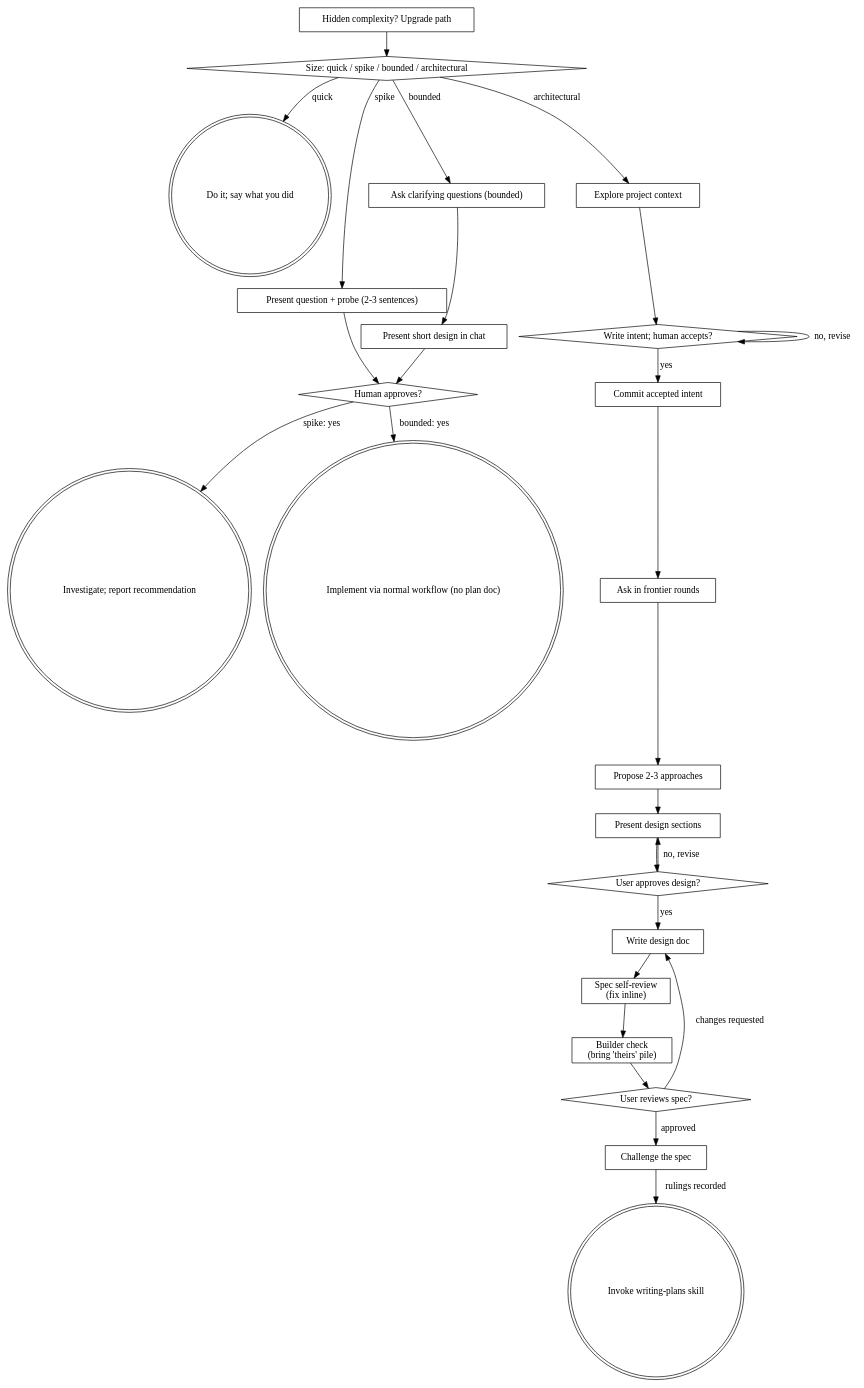
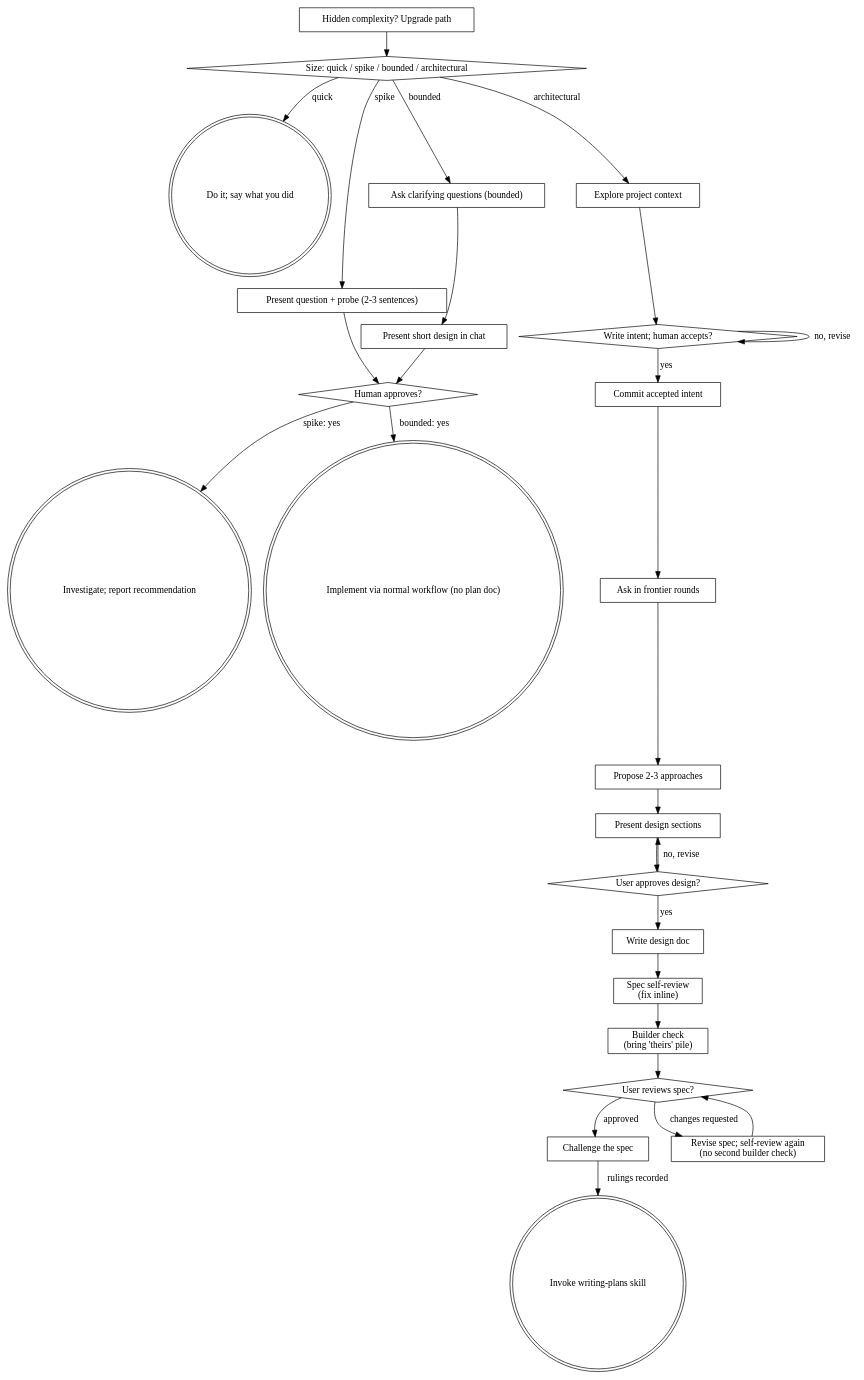
Before and after one commit to malekgxd/superpowers: the diagram in skills/brainstorming/SKILL.md, drawn with Graphviz. The commit also changed other lines of this file and 1 other file, not shown here.

Commit message:
brainstorming: Opus round-1 fixes (non-software scope, opt-out wording per path, HARD-GATE opt-out guarded, ruling-4 assertions, size terminology, no second builder check, test env var names)

````diff
--- a/skills/brainstorming/SKILL.md
+++ b/skills/brainstorming/SKILL.md
@@ -358,52 +372,54 @@
 ```dot
 digraph brainstorming {
     "Size: quick / spike / bounded / architectural" [shape=diamond];
     "Do it; say what you did" [shape=doublecircle];
     "Present question + probe (2-3 sentences)" [shape=box];
     "Ask clarifying questions (bounded)" [shape=box];
     "Present short design in chat" [shape=box];
     "Human approves?" [shape=diamond];
     "Investigate; report recommendation" [shape=doublecircle];
     "Implement via normal workflow (no plan doc)" [shape=doublecircle];
     "Explore project context" [shape=box];
     "Write intent; human accepts?" [shape=diamond];
     "Commit accepted intent" [shape=box];
     "Ask in frontier rounds" [shape=box];
     "Challenge the spec" [shape=box];
     "Propose 2-3 approaches" [shape=box];
     "Present design sections" [shape=box];
     "User approves design?" [shape=diamond];
     "Write design doc" [shape=box];
     "Spec self-review\n(fix inline)" [shape=box];
     "Builder check\n(bring 'theirs' pile)" [shape=box];
     "User reviews spec?" [shape=diamond];
     "Invoke writing-plans skill" [shape=doublecircle];
     "Hidden complexity? Upgrade path" [shape=box];
 
     "Size: quick / spike / bounded / architectural" -> "Do it; say what you did" [label="quick"];
     "Size: quick / spike / bounded / architectural" -> "Present question + probe (2-3 sentences)" [label="spike"];
     "Size: quick / spike / bounded / architectural" -> "Ask clarifying questions (bounded)" [label="bounded"];
     "Size: quick / spike / bounded / architectural" -> "Explore project context" [label="architectural"];
     "Present question + probe (2-3 sentences)" -> "Human approves?";
     "Ask clarifying questions (bounded)" -> "Present short design in chat";
     "Present short design in chat" -> "Human approves?";
     "Human approves?" -> "Investigate; report recommendation" [label="spike: yes"];
     "Human approves?" -> "Implement via normal workflow (no plan doc)" [label="bounded: yes"];
     "Hidden complexity? Upgrade path" -> "Size: quick / spike / bounded / architectural";
     "Explore project context" -> "Write intent; human accepts?";
     "Write intent; human accepts?" -> "Write intent; human accepts?" [label="no, revise"];
     "Write intent; human accepts?" -> "Commit accepted intent" [label="yes"];
     "Commit accepted intent" -> "Ask in frontier rounds";
     "Ask in frontier rounds" -> "Propose 2-3 approaches";
     "Propose 2-3 approaches" -> "Present design sections";
     "Present design sections" -> "User approves design?";
     "User approves design?" -> "Present design sections" [label="no, revise"];
     "User approves design?" -> "Write design doc" [label="yes"];
     "Write design doc" -> "Spec self-review\n(fix inline)";
     "Spec self-review\n(fix inline)" -> "Builder check\n(bring 'theirs' pile)";
     "Builder check\n(bring 'theirs' pile)" -> "User reviews spec?";
-    "User reviews spec?" -> "Write design doc" [label="changes requested"];
+    "Revise spec; self-review again\n(no second builder check)" [shape=box];
+    "User reviews spec?" -> "Revise spec; self-review again\n(no second builder check)" [label="changes requested"];
+    "Revise spec; self-review again\n(no second builder check)" -> "User reviews spec?";
     "User reviews spec?" -> "Challenge the spec" [label="approved"];
     "Challenge the spec" -> "Invoke writing-plans skill" [label="rulings recorded"];
 }
 ```
````
